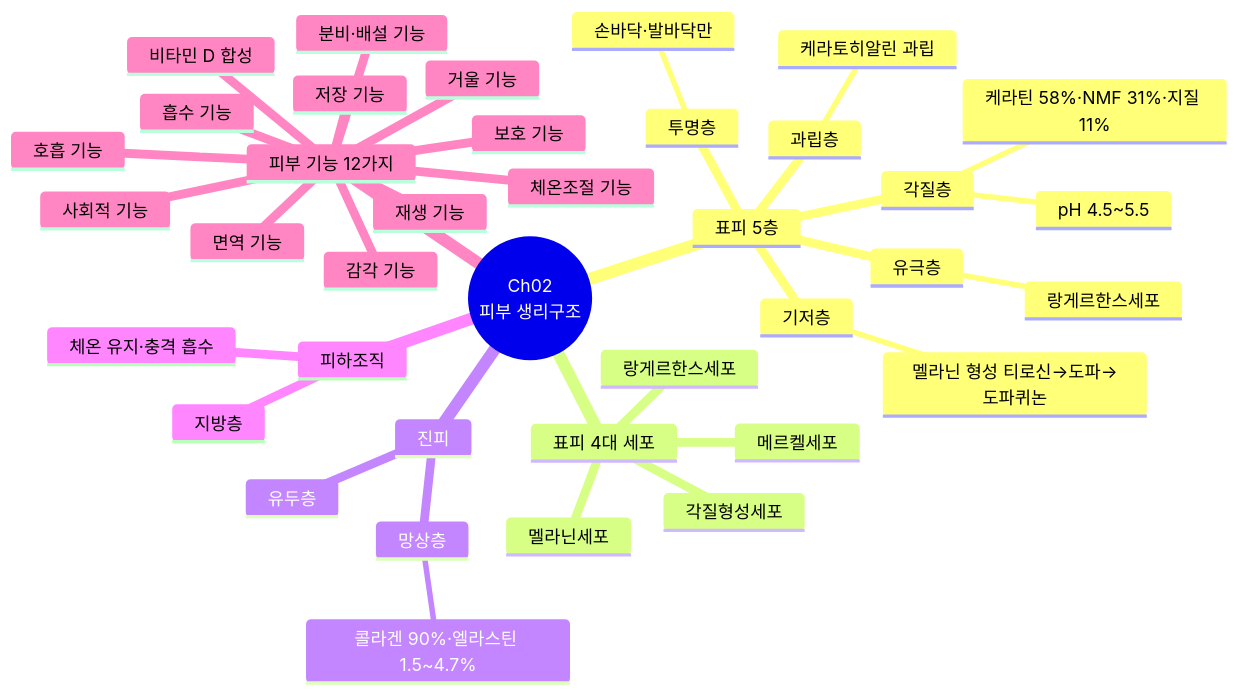
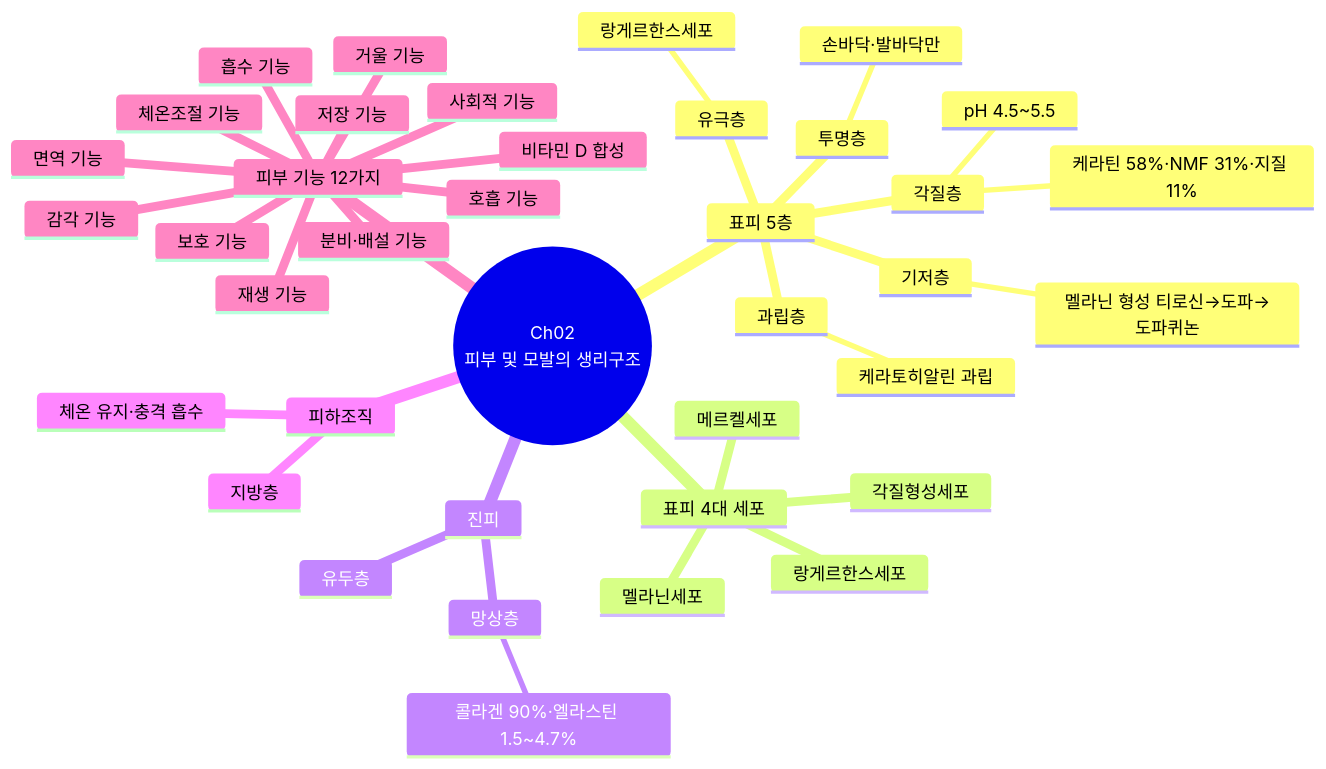
Before and after one commit to skygoldlee-cyber/Personalized_Skincare: diagram 12 of 28 in content/교재/understanding/4과목_맞춤형화장품의이해_이야기형.md, drawn with Mermaid. The commit also changed other lines of this file and 20 other files, not shown here.

````diff
--- a/content/교재/understanding/4과목_맞춤형화장품의이해_이야기형.md
+++ b/content/교재/understanding/4과목_맞춤형화장품의이해_이야기형.md
@@ -1159,41 +1159,41 @@
 ```mermaid
 mindmap
- root((Ch02<br/>피부 생리구조))
+ root((Ch02<br/>피부 및 모발의 생리구조))
   표피 5층
    각질층
     케라틴 58%·NMF 31%·지질 11%
     pH 4.5~5.5
    투명층
     손바닥·발바닥만
    과립층
     케라토히알린 과립
    유극층
     랑게르한스세포
    기저층
     멜라닌 형성 티로신→도파→도파퀴논
   표피 4대 세포
    각질형성세포
    멜라닌세포
    랑게르한스세포
    메르켈세포
   진피
    유두층
    망상층
     콜라겐 90%·엘라스틴 1.5~4.7%
   피하조직
    지방층
    체온 유지·충격 흡수
   피부 기능 12가지
    보호 기능
    감각 기능
    체온조절 기능
    면역 기능
    비타민 D 합성
    흡수 기능
    분비·배설 기능
    호흡 기능
    저장 기능
    재생 기능
    거울 기능
    사회적 기능
 ```
````
